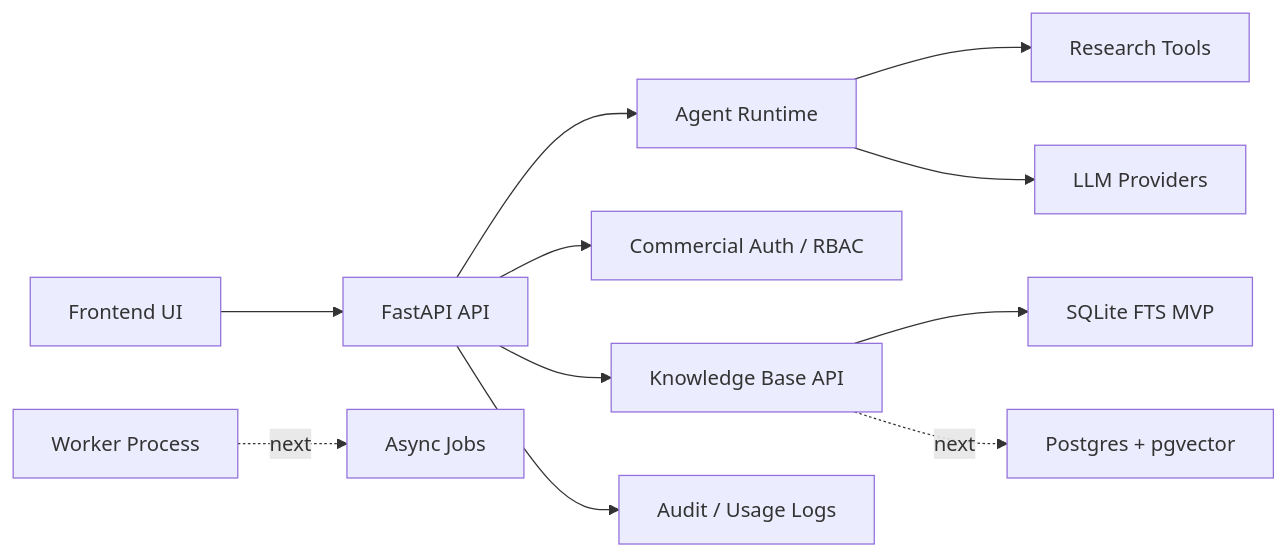
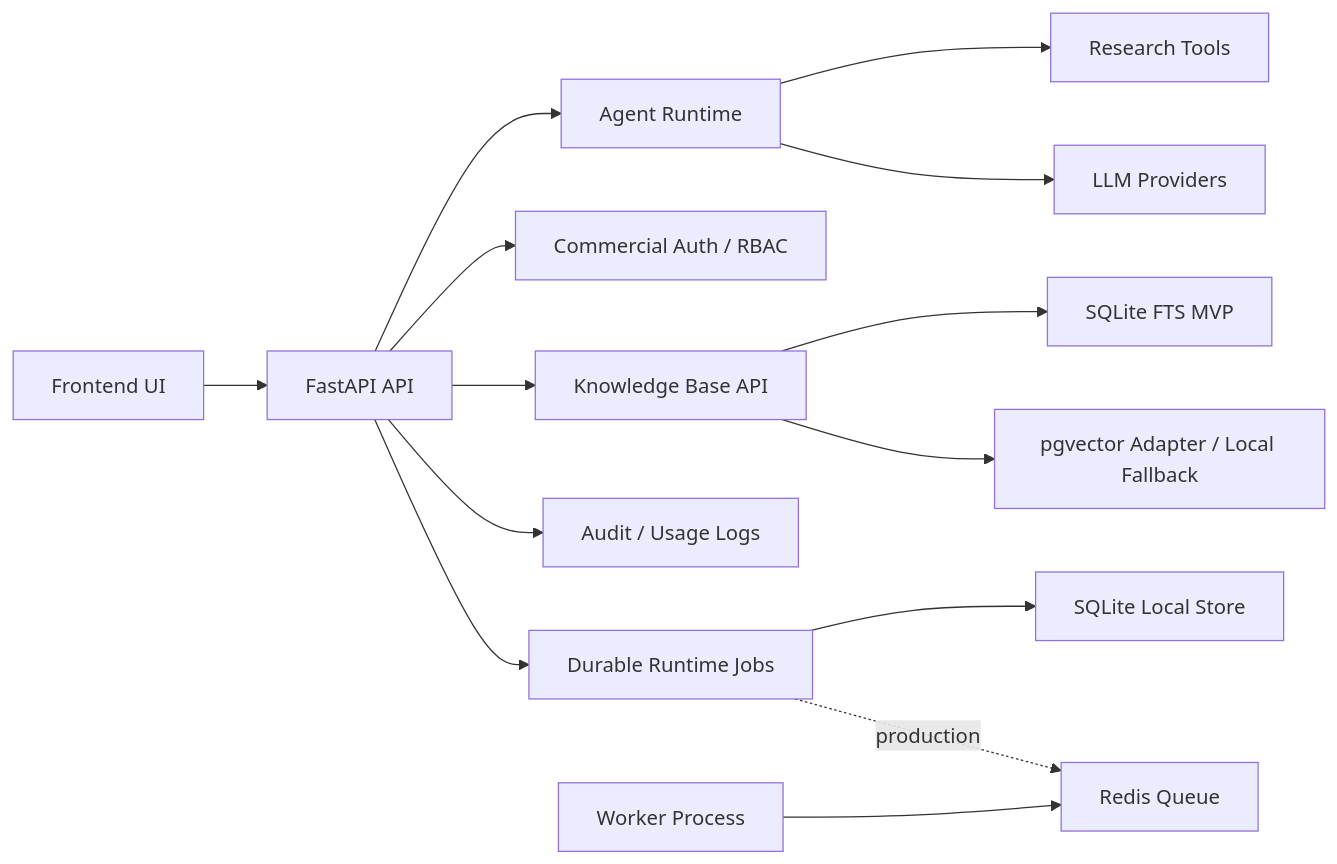
One commit to 970thunder/Hyper-Trading-Agent changed the diagram in README.md. Above: the diagram before and after it, drawn with Mermaid. The commit also changed other lines of this file and 7 other files, not shown here.

````diff
--- a/README.md
+++ b/README.md
@@ -23,13 +23,16 @@
 ```mermaid
 flowchart LR
   UI["Frontend UI"] --> API["FastAPI API"]
   API --> Agent["Agent Runtime"]
   API --> Auth["Commercial Auth / RBAC"]
   API --> KB["Knowledge Base API"]
   Agent --> Tools["Research Tools"]
   Agent --> Models["LLM Providers"]
   KB --> LocalRAG["SQLite FTS MVP"]
-  KB -. next .-> PG["Postgres + pgvector"]
+  KB --> PGVector["pgvector Adapter / Local Fallback"]
   API --> Audit["Audit / Usage Logs"]
-  Worker["Worker Process"] -. next .-> Jobs["Async Jobs"]
+  API --> Jobs["Durable Runtime Jobs"]
+  Jobs --> SQLiteJobs["SQLite Local Store"]
+  Jobs -. production .-> Redis["Redis Queue"]
+  Worker["Worker Process"] --> Redis
 ```
````
